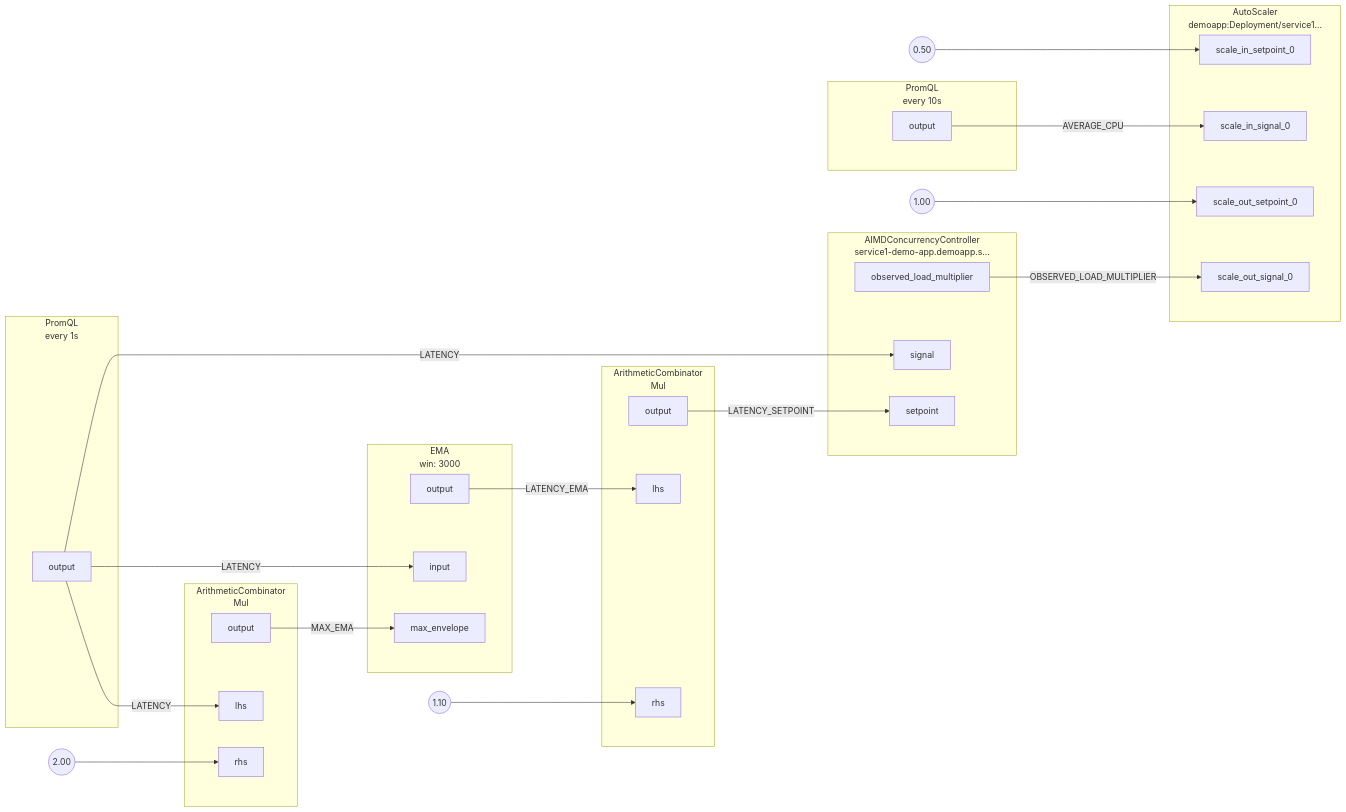
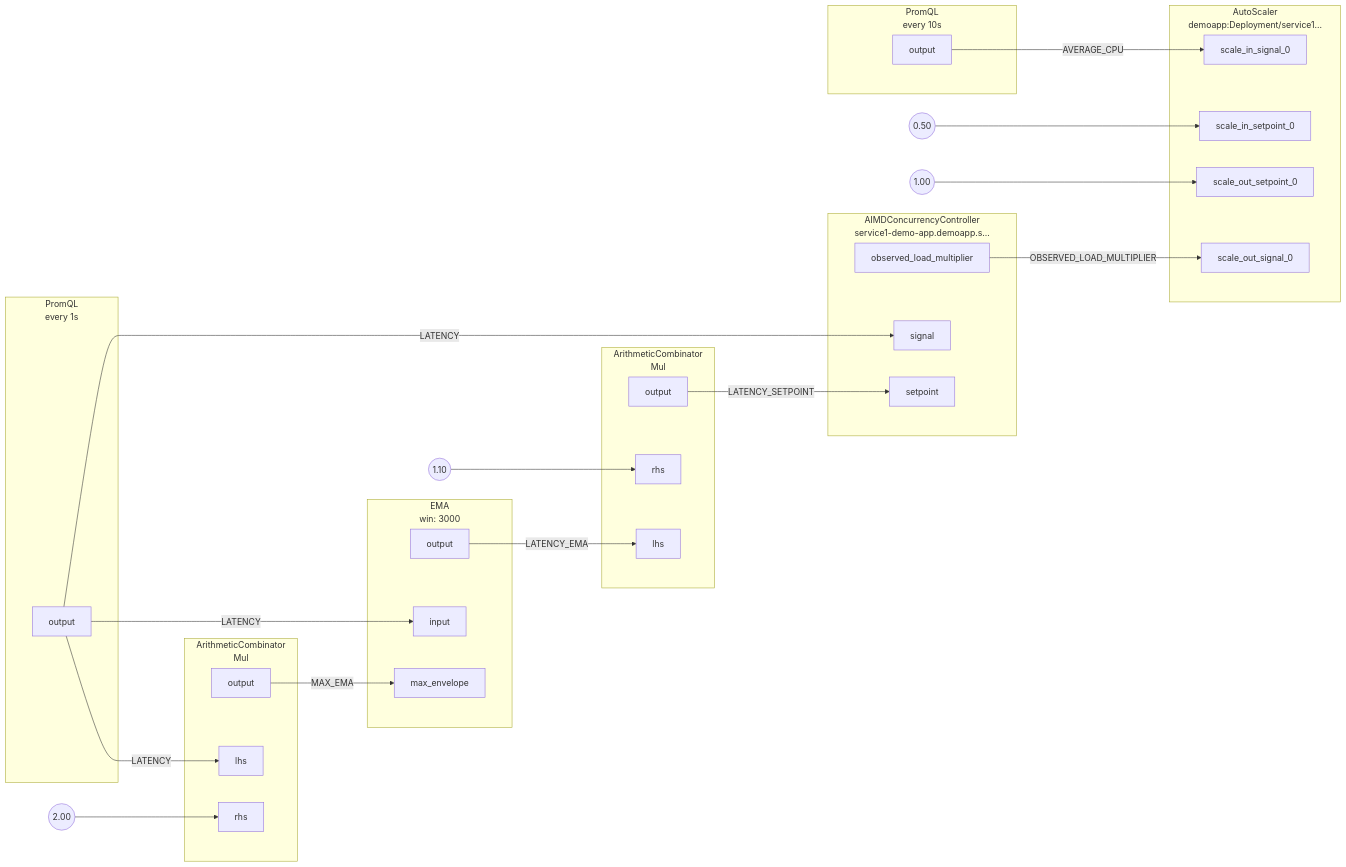
The diagram in docs/content/tutorials/integrations/auto-scale/assets/load-based-auto-scale.mmd (fluxninja/aperture), drawn with Mermaid before and after one commit. The commit also changed other lines of this file and 10 other files, not shown here.

Commit message:
deterministic graph output

```diff
--- a/docs/content/tutorials/integrations/auto-scale/assets/load-based-auto-scale.mmd
+++ b/docs/content/tutorials/integrations/auto-scale/assets/load-based-auto-scale.mmd
@@ -1,82 +1,82 @@
 flowchart LR
 subgraph root.0[<center>PromQL<br/>every 1s</center>]
 subgraph root.0_outports[ ]
 style root.0_outports fill:none,stroke:none
 root.0output[output]
 end
 end
 subgraph root.1[<center>ArithmeticCombinator<br/>Mul</center>]
 subgraph root.1_inports[ ]
 style root.1_inports fill:none,stroke:none
 root.1lhs[lhs]
 root.1rhs[rhs]
 end
 subgraph root.1_outports[ ]
 style root.1_outports fill:none,stroke:none
 root.1output[output]
 end
 end
 subgraph root.2[<center>ArithmeticCombinator<br/>Mul</center>]
 subgraph root.2_inports[ ]
 style root.2_inports fill:none,stroke:none
 root.2lhs[lhs]
 root.2rhs[rhs]
 end
 subgraph root.2_outports[ ]
 style root.2_outports fill:none,stroke:none
 root.2output[output]
 end
 end
 subgraph root.3[<center>EMA<br/>win: 3000</center>]
 subgraph root.3_inports[ ]
 style root.3_inports fill:none,stroke:none
 root.3input[input]
 root.3max_envelope[max_envelope]
 end
 subgraph root.3_outports[ ]
 style root.3_outports fill:none,stroke:none
 root.3output[output]
 end
 end
 subgraph root.4[<center>AIMDConcurrencyController<br/>service1-demo-app.demoapp.s...</center>]
 subgraph root.4_inports[ ]
 style root.4_inports fill:none,stroke:none
+root.4setpoint[setpoint]
 root.4signal[signal]
-root.4setpoint[setpoint]
 end
 subgraph root.4_outports[ ]
 style root.4_outports fill:none,stroke:none
 root.4observed_load_multiplier[observed_load_multiplier]
 end
 end
 subgraph root.5[<center>PromQL<br/>every 10s</center>]
 subgraph root.5_outports[ ]
 style root.5_outports fill:none,stroke:none
 root.5output[output]
 end
 end
 subgraph root.6[<center>AutoScaler<br/>demoapp:Deployment/service1...</center>]
 subgraph root.6_inports[ ]
 style root.6_inports fill:none,stroke:none
 root.6scale_in_setpoint_0[scale_in_setpoint_0]
 root.6scale_in_signal_0[scale_in_signal_0]
 root.6scale_out_setpoint_0[scale_out_setpoint_0]
 root.6scale_out_signal_0[scale_out_signal_0]
 end
 end
 root.1_rhs_FakeConstantout((2.00))
 root.2_rhs_FakeConstantout((1.10))
 root.6_scale_in_setpoint_0_FakeConstantout((0.50))
 root.6_scale_out_setpoint_0_FakeConstantout((1.00))
 root.5output --> |AVERAGE_CPU| root.6scale_in_signal_0
 root.0output --> |LATENCY| root.1lhs
 root.0output --> |LATENCY| root.3input
 root.0output --> |LATENCY| root.4signal
 root.3output --> |LATENCY_EMA| root.2lhs
 root.2output --> |LATENCY_SETPOINT| root.4setpoint
 root.1output --> |MAX_EMA| root.3max_envelope
 root.4observed_load_multiplier --> |OBSERVED_LOAD_MULTIPLIER| root.6scale_out_signal_0
 root.1_rhs_FakeConstantout --> root.1rhs
 root.2_rhs_FakeConstantout --> root.2rhs
 root.6_scale_in_setpoint_0_FakeConstantout --> root.6scale_in_setpoint_0
 root.6_scale_out_setpoint_0_FakeConstantout --> root.6scale_out_setpoint_0
```
